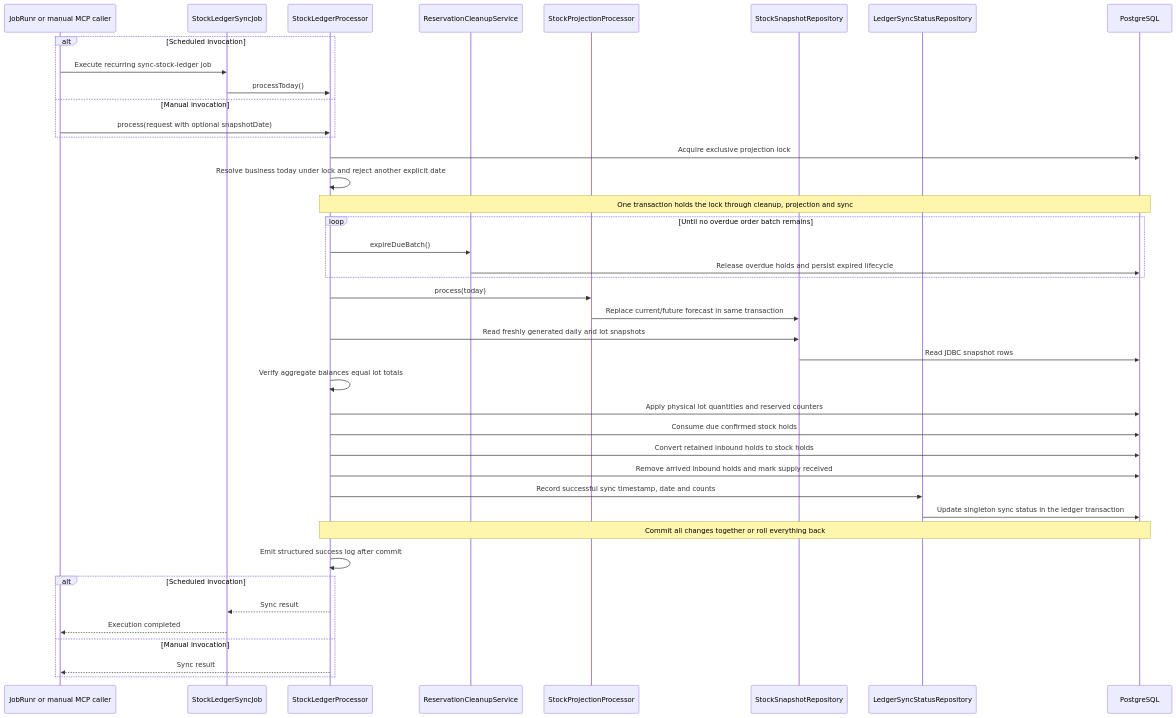
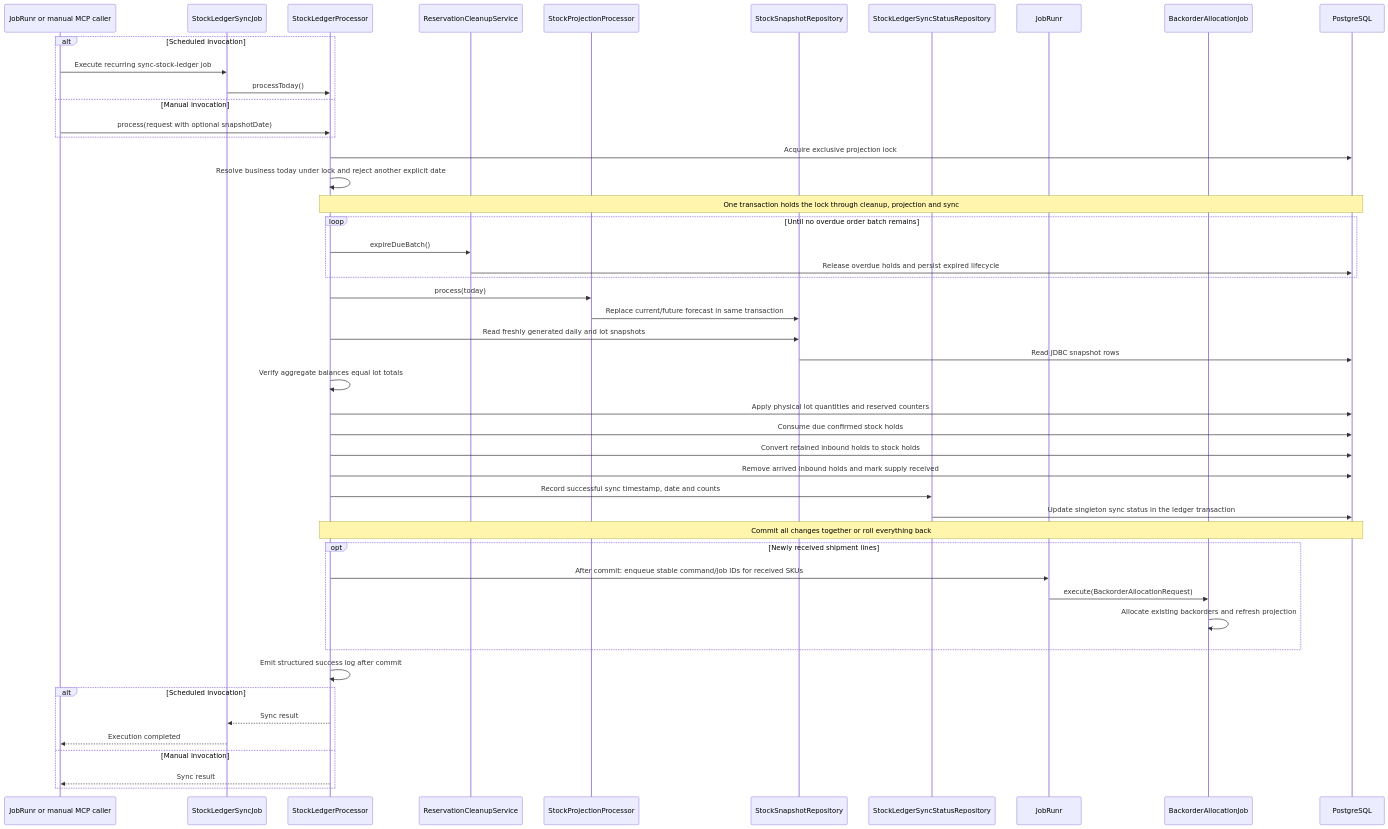
Before and after one commit to vriesjo/stockio: diagram 11 of 15 in .github/memory/architecture.md, drawn with Mermaid. The commit also changed other lines of this file and 2 other files, not shown here.

````diff
--- a/.github/memory/architecture.md
+++ b/.github/memory/architecture.md
@@ -829,44 +868,51 @@
 ```mermaid
 sequenceDiagram
     participant Trigger as JobRunr or manual MCP caller
     participant Job as StockLedgerSyncJob
     participant Ledger as StockLedgerProcessor
     participant Cleanup as ReservationCleanupService
     participant Projection as StockProjectionProcessor
     participant Snapshots as StockSnapshotRepository
-    participant Status as LedgerSyncStatusRepository
+    participant Status as StockLedgerSyncStatusRepository
+    participant Runtime as JobRunr
+    participant Backorders as BackorderAllocationJob
     participant DB as PostgreSQL
 
     alt Scheduled invocation
         Trigger->>Job: Execute recurring sync-stock-ledger job
         Job->>Ledger: processToday()
     else Manual invocation
         Trigger->>Ledger: process(request with optional snapshotDate)
     end
     Ledger->>DB: Acquire exclusive projection lock
     Ledger->>Ledger: Resolve business today under lock and reject another explicit date
     Note over Ledger,DB: One transaction holds the lock through cleanup, projection and sync
     loop Until no overdue order batch remains
         Ledger->>Cleanup: expireDueBatch()
         Cleanup->>DB: Release overdue holds and persist expired lifecycle
     end
     Ledger->>Projection: process(today)
     Projection->>Snapshots: Replace current/future forecast in same transaction
     Ledger->>Snapshots: Read freshly generated daily and lot snapshots
     Snapshots->>DB: Read JDBC snapshot rows
     Ledger->>Ledger: Verify aggregate balances equal lot totals
     Ledger->>DB: Apply physical lot quantities and reserved counters
     Ledger->>DB: Consume due confirmed stock holds
     Ledger->>DB: Convert retained inbound holds to stock holds
     Ledger->>DB: Remove arrived inbound holds and mark supply received
     Ledger->>Status: Record successful sync timestamp, date and counts
     Status->>DB: Update singleton sync status in the ledger transaction
     Note over Ledger,DB: Commit all changes together or roll everything back
+    opt Newly received shipment lines
+        Ledger->>Runtime: After commit: enqueue stable command/job IDs for received SKUs
+        Runtime->>Backorders: execute(BackorderAllocationRequest)
+        Backorders->>Backorders: Allocate existing backorders and refresh projection
+    end
     Ledger->>Ledger: Emit structured success log after commit
     alt Scheduled invocation
         Ledger-->>Job: Sync result
         Job-->>Trigger: Execution completed
     else Manual invocation
         Ledger-->>Trigger: Sync result
     end
 ```
````
